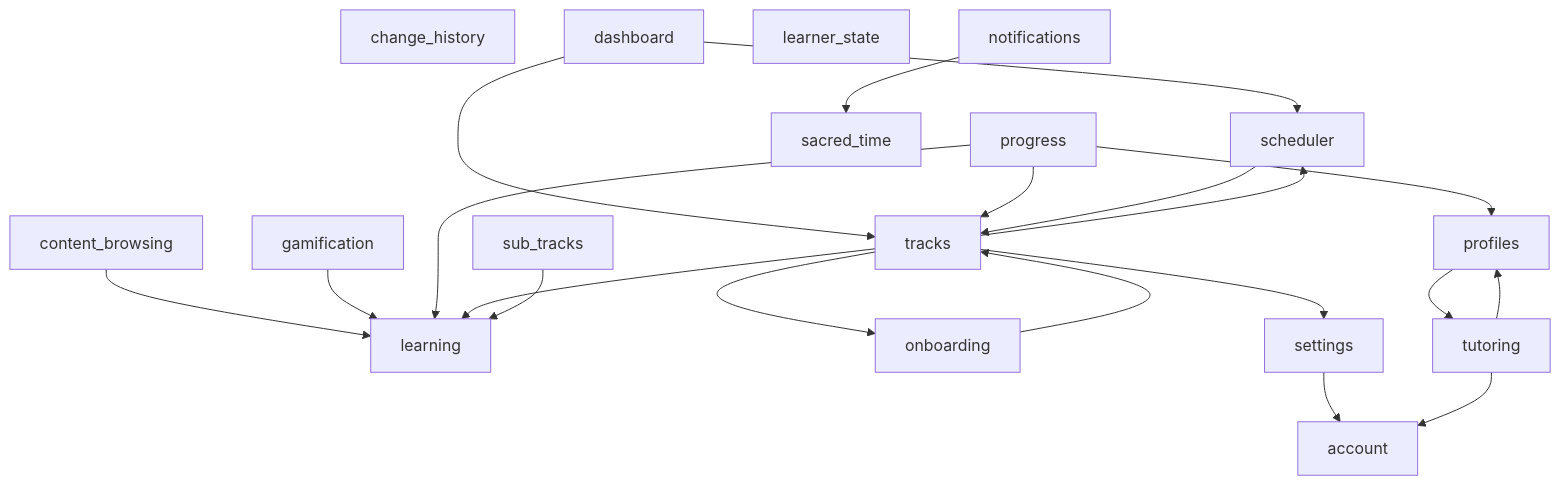
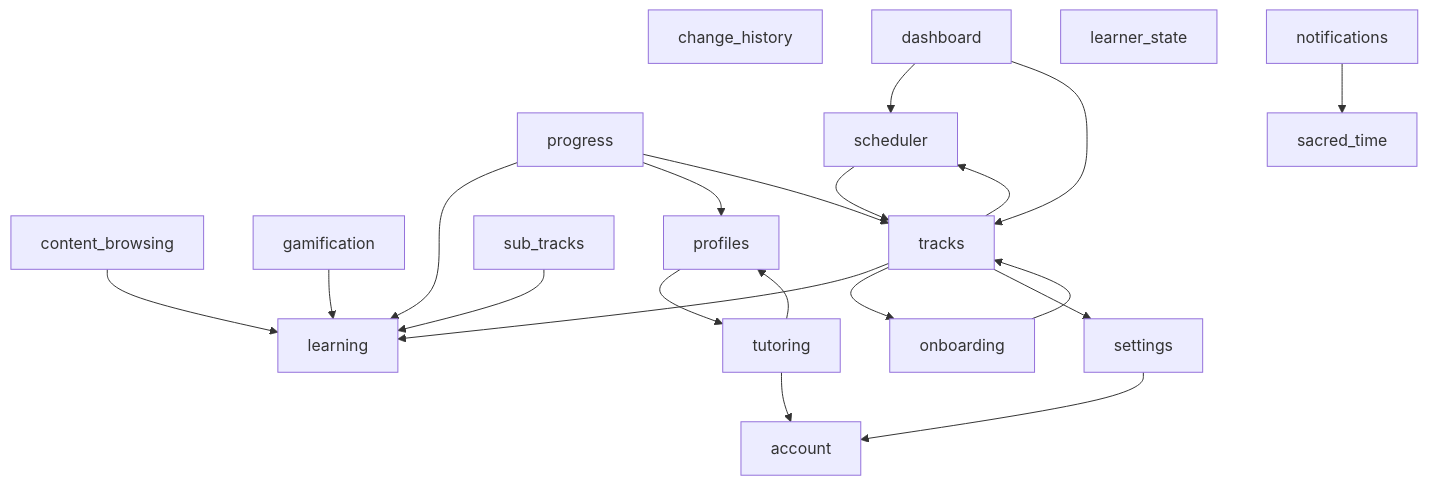
One commit to dniasoff/learning-tracker changed the second of 4 diagrams in docs/architecture.md. Above: the diagram before and after it, drawn with Mermaid. The commit also changed 3 other files, not shown here.

First line of the commit message:
chore(sub-tracks): DNI-499 T8 feature graph lists sub_tracks and learner_state; seams cite their bead

````diff
--- a/docs/architecture.md
+++ b/docs/architecture.md
@@ -240,39 +240,40 @@
 ```mermaid
 graph TD
     account["account"]
     change_history["change_history"]
     content_browsing["content_browsing"]
     dashboard["dashboard"]
     gamification["gamification"]
     learner_state["learner_state"]
     learning["learning"]
     notifications["notifications"]
     onboarding["onboarding"]
     profiles["profiles"]
     progress["progress"]
     sacred_time["sacred_time"]
     scheduler["scheduler"]
     settings["settings"]
+    sub_tracks["sub_tracks"]
     tracks["tracks"]
     tutoring["tutoring"]
 
     content_browsing --> learning
     dashboard --> scheduler
     dashboard --> tracks
     gamification --> learning
     notifications --> sacred_time
     onboarding --> tracks
     profiles --> tutoring
     progress --> learning
     progress --> profiles
     progress --> tracks
     scheduler --> tracks
     settings --> account
     tracks --> learning
     sub_tracks --> learning
     tracks --> onboarding
     tracks --> scheduler
     tracks --> settings
     tutoring --> account
     tutoring --> profiles
 ```
````
